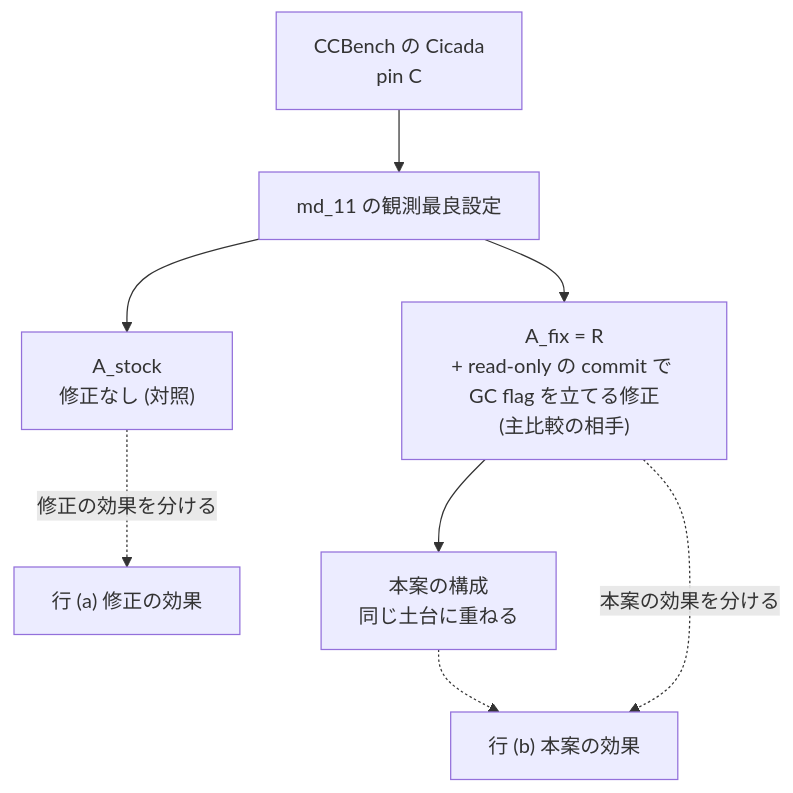
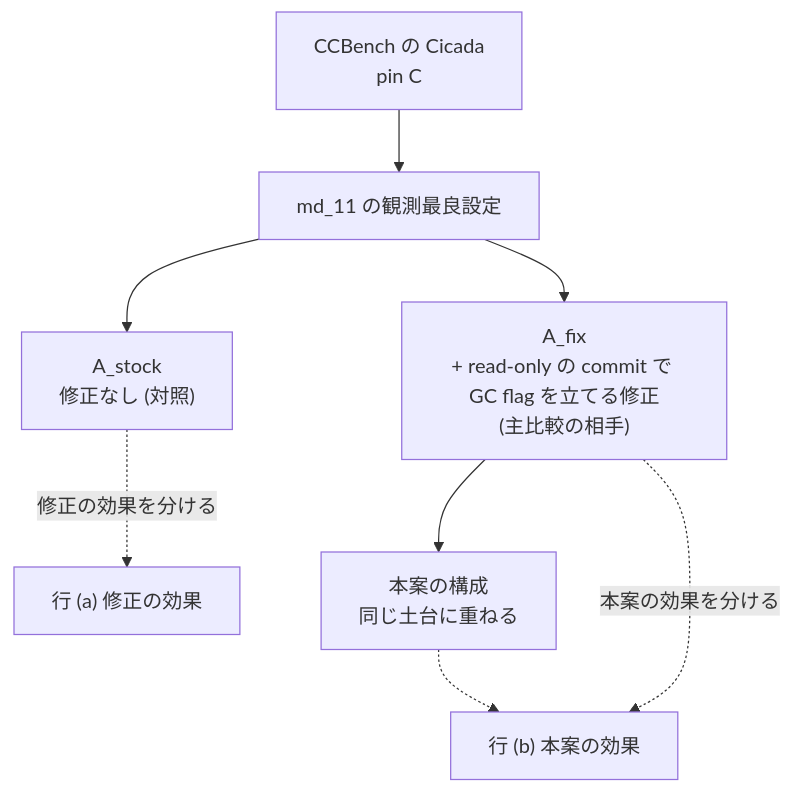
Before and after one commit to thawk105/izanagi: diagram 21 of 41 in docs/paper-story-vhash/2026-10-01.md, drawn with Mermaid. The commit also changed other lines of this file, not shown here.

````diff
--- a/docs/paper-story-vhash/2026-10-01.md
+++ b/docs/paper-story-vhash/2026-10-01.md
@@ -944,10 +944,10 @@
 ```mermaid
 flowchart TB
   pin["CCBench の Cicada<br/>pin C"] --> best["md_11 の観測最良設定"]
   best --> stockA["A_stock<br/>修正なし (対照)"]
-  best --> fixA["A_fix = R<br/>+ read-only の commit で GC flag を立てる修正<br/>(主比較の相手)"]
+  best --> fixA["A_fix<br/>+ read-only の commit で GC flag を立てる修正<br/>(主比較の相手)"]
   fixA --> ours["本案の構成<br/>同じ土台に重ねる"]
   stockA -.修正の効果を分ける.-> rowa["行 (a) 修正の効果"]
   fixA -.本案の効果を分ける.-> rowb["行 (b) 本案の効果"]
   ours -.-> rowb
 ```
````
